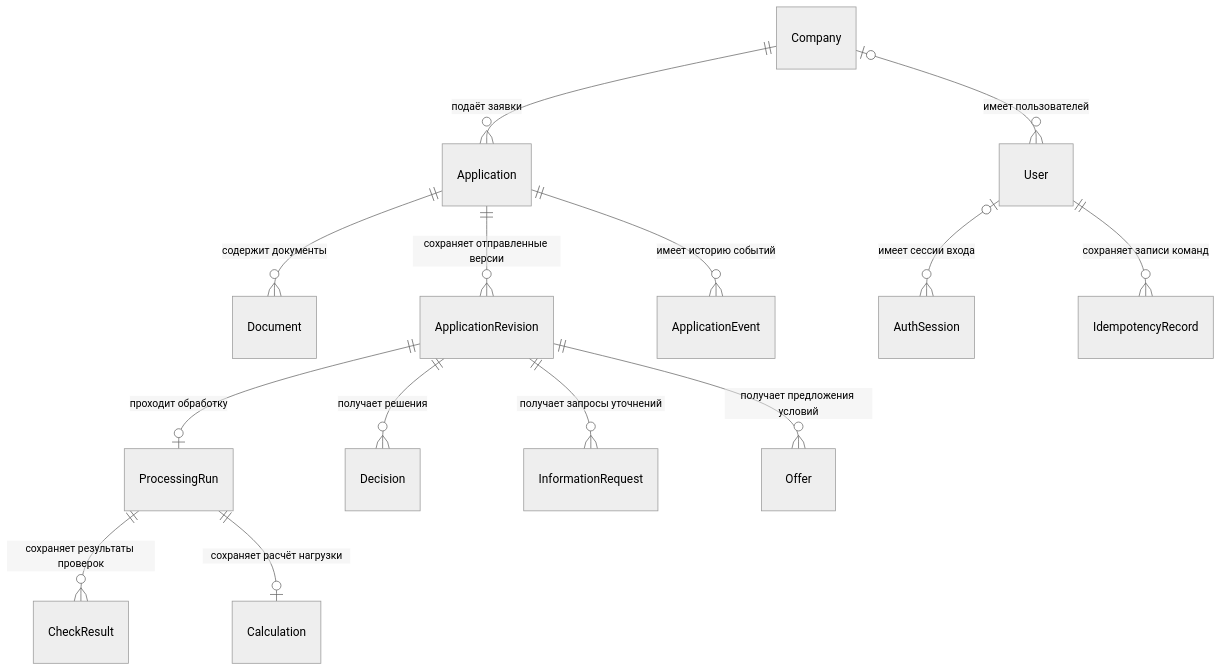
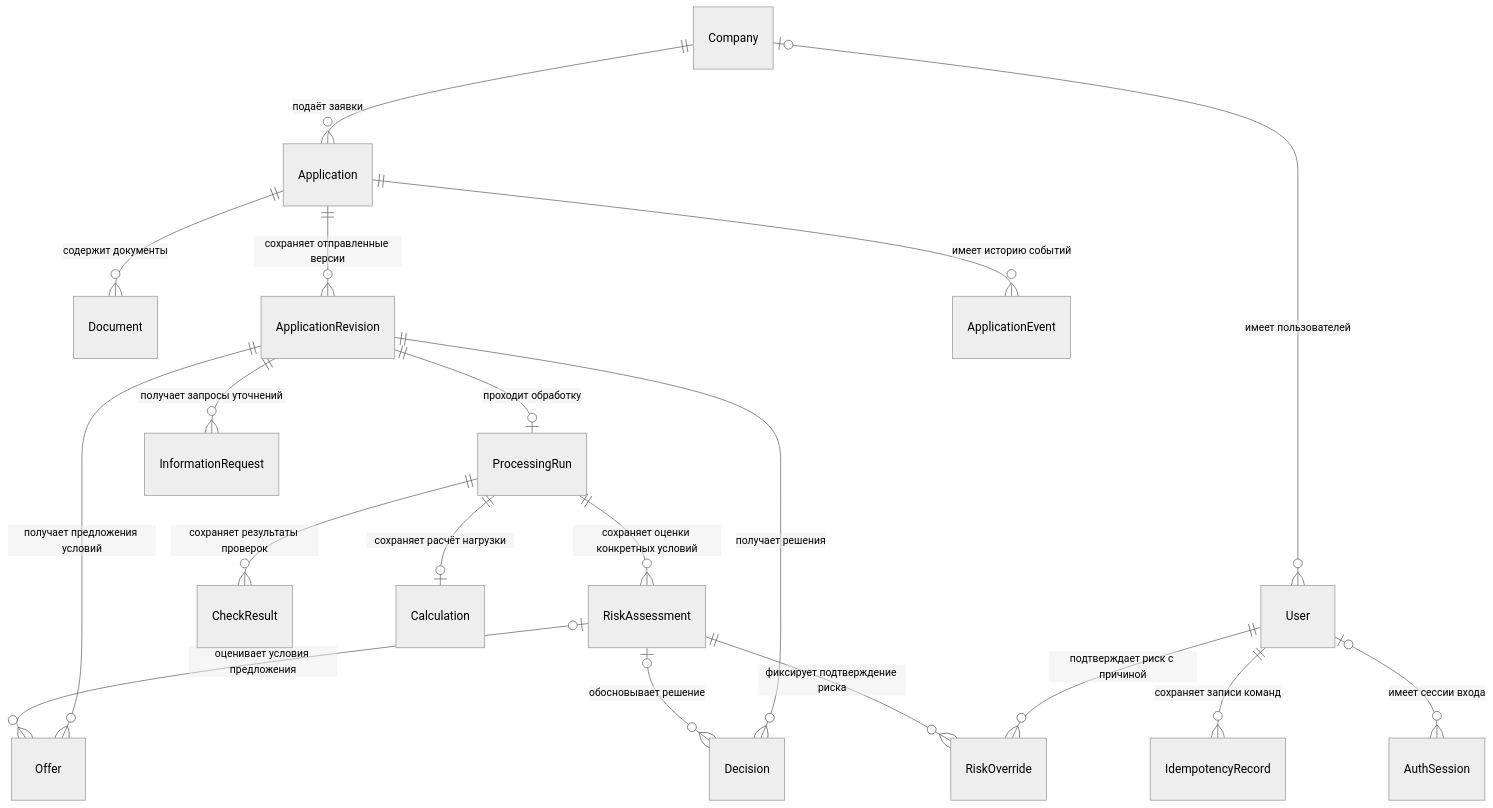
The second of 3 diagrams in docs/architecture.md (L3iHS/alfa-hack-smart-credit-cabinet), drawn with Mermaid (neutral theme) before and after one commit. The commit also changed other lines of this file and 6 other files, not shown here.

````diff
--- a/docs/architecture.md
+++ b/docs/architecture.md
@@ -28,16 +30,21 @@
 ```mermaid
 erDiagram
     Company o|--o{ User : "имеет пользователей"
     Company ||--o{ Application : "подаёт заявки"
     Application ||--o{ Document : "содержит документы"
     Application ||--o{ ApplicationRevision : "сохраняет отправленные версии"
     Application ||--o{ ApplicationEvent : "имеет историю событий"
     ApplicationRevision ||--o| ProcessingRun : "проходит обработку"
     ProcessingRun ||--o{ CheckResult : "сохраняет результаты проверок"
     ProcessingRun ||--o| Calculation : "сохраняет расчёт нагрузки"
+    ProcessingRun ||--o{ RiskAssessment : "сохраняет оценки конкретных условий"
+    RiskAssessment o|--o{ Decision : "обосновывает решение"
+    RiskAssessment o|--o{ Offer : "оценивает условия предложения"
+    RiskAssessment ||--o{ RiskOverride : "фиксирует подтверждение риска"
+    User ||--o{ RiskOverride : "подтверждает риск с причиной"
     ApplicationRevision ||--o{ Decision : "получает решения"
     ApplicationRevision ||--o{ InformationRequest : "получает запросы уточнений"
     ApplicationRevision ||--o{ Offer : "получает предложения условий"
     User o|--o{ AuthSession : "имеет сессии входа"
     User ||--o{ IdempotencyRecord : "сохраняет записи команд"
 ```
````
